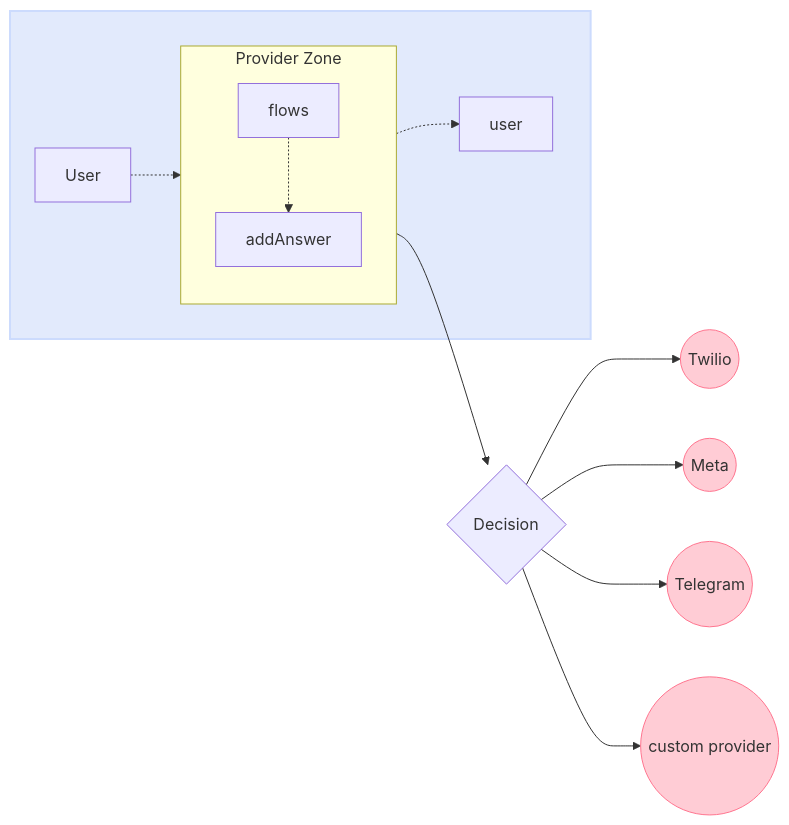
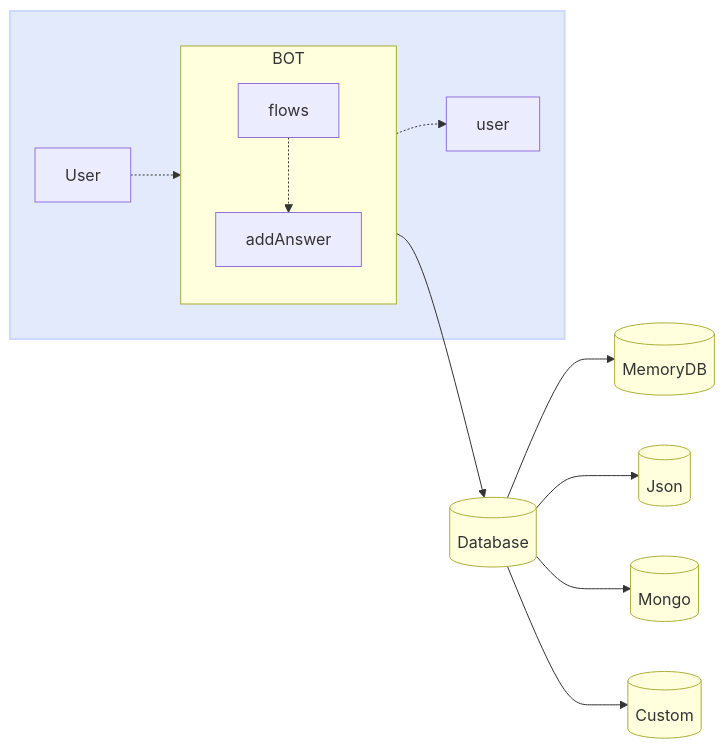
One commit to codigoencasa/documentation changed the diagram in src/pages/en/databases/index.mdx. Above: the diagram before and after it, drawn with Mermaid. The commit also changed other lines of this file and 2 other files, not shown here.

Commit message:
docs: database

````diff
--- a/src/pages/en/databases/index.mdx
+++ b/src/pages/en/databases/index.mdx
@@ -18,28 +19,30 @@
 ```mermaid
 flowchart LR
       subgraph sub1[ ]
         style sub1 fill:#e2eafc,stroke:#ccdbfd,stroke-width:2px
-        subgraph wsProvider[Provider Zone]
+        subgraph wsProvider[BOT]
             direction TB
             top1["flows"] -.-> bottom1[addAnswer]
         end
         User -.-> top1
         bottom1 -.-> user
       end
-        zn1((Twilio))
-        zn2((Meta))
-        zn3((Telegram))
-        zn4((custom provider))
+        zn1[(MemoryDB)]
+        zn2[(Json)]
+        zn3[(Mongo)]
+        zn4[(Custom)]
 
-        wsProvider --> C{Decision}
+        wsProvider --> C[(Database)]
         C --> zn1
         C --> zn2
         C --> zn3
         C --> zn4
 
-        style zn1 fill:#ffccd5,stroke:#ff758f,stroke-width:1px
-        style zn2 fill:#ffccd5,stroke:#ff758f,stroke-width:1px
-        style zn3 fill:#ffccd5,stroke:#ff758f,stroke-width:1px
-        style zn4 fill:#ffccd5,stroke:#ff758f,stroke-width:1px
+        style C fill:#FFFFDE,stroke:#ADAE3C,stroke-width:1px
+        style zn1 fill:#FFFFDE,stroke:#ADAE3C,stroke-width:1px
+        style zn2 fill:#FFFFDE,stroke:#ADAE3C,stroke-width:1px
+        style zn3 fill:#FFFFDE,stroke:#ADAE3C,stroke-width:1px
+        style zn4 fill:#FFFFDE,stroke:#ADAE3C,stroke-width:1px
+    
 
 ```
````
